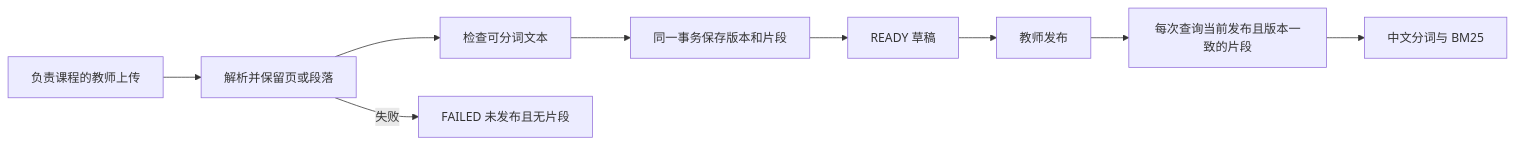
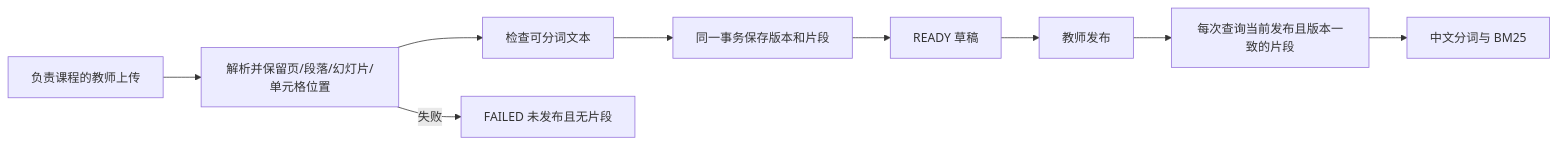
One commit to sjyEva/CampusAI changed the first of 2 diagrams in docs/rag/README.md. Above: the diagram before and after it, drawn with Mermaid. The commit also changed other lines of this file and 19 other files, not shown here.

````diff
--- a/docs/rag/README.md
+++ b/docs/rag/README.md
@@ -61,11 +69,11 @@
 ```mermaid
 flowchart LR
-  U[负责课程的教师上传] --> P[解析并保留页或段落]
+  U[负责课程的教师上传] --> P[解析并保留页/段落/幻灯片/单元格位置]
   P --> V[检查可分词文本]
   V --> T[同一事务保存版本和片段]
   T --> D[READY 草稿]
   D --> B[教师发布]
   B --> Q[每次查询当前发布且版本一致的片段]
   Q --> I[中文分词与 BM25]
   P -->|失败| F[FAILED 未发布且无片段]
 ```
````
